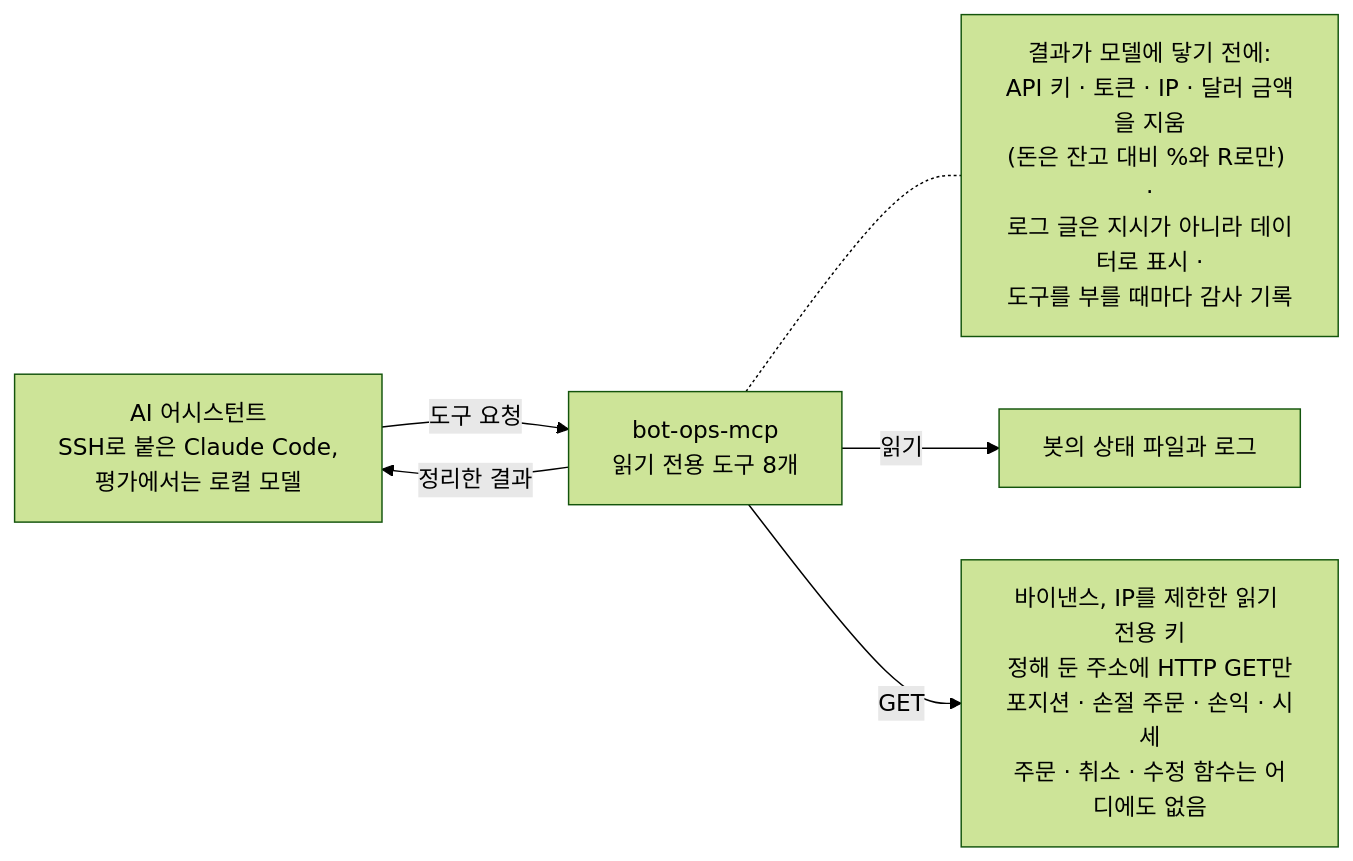
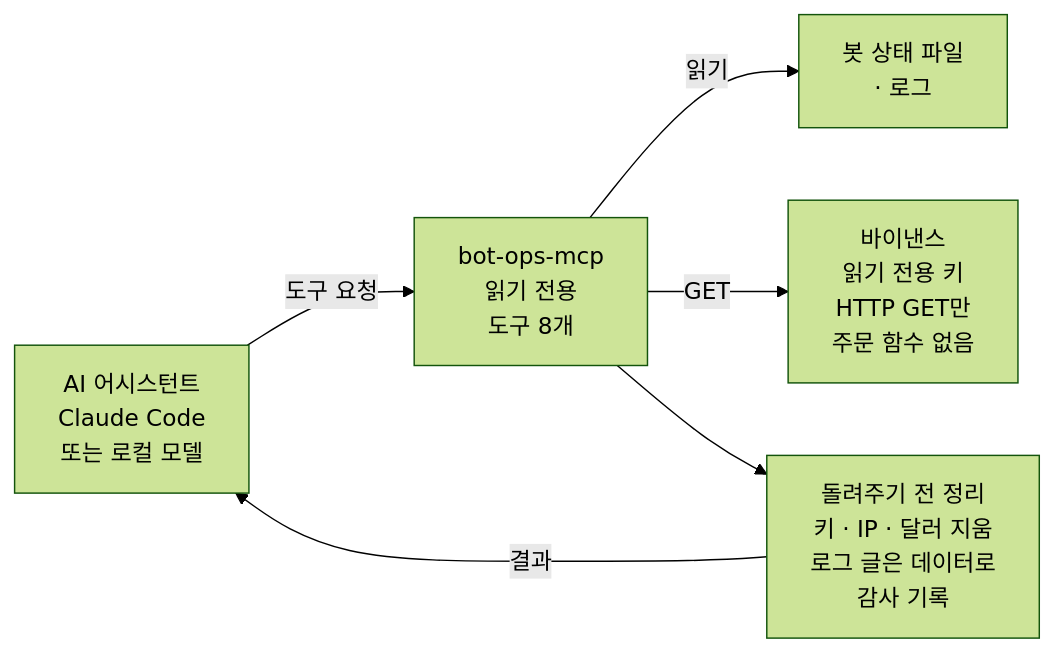
The first of 2 diagrams in README.ko.md (swanmun/bot-ops-mcp), drawn with Mermaid (forest theme) before and after one commit. The commit also changed other lines of this file and 1 other file, not shown here.

Commit message:
README diagrams: shorter lines so the boxes do not wrap mid-word on GitHub (Korean 1:1)

````diff
--- a/README.ko.md
+++ b/README.ko.md
@@ -14,13 +14,13 @@
 ```mermaid
 flowchart LR
-    A["AI 어시스턴트<br/>SSH로 붙은 Claude Code,<br/>평가에서는 로컬 모델"]
-    S["bot-ops-mcp<br/>읽기 전용 도구 8개"]
-    G["결과가 모델에 닿기 전에:<br/>API 키 · 토큰 · IP · 달러 금액을 지움<br/>(돈은 잔고 대비 %와 R로만) ·<br/>로그 글은 지시가 아니라 데이터로 표시 ·<br/>도구를 부를 때마다 감사 기록"]
-    B["봇의 상태 파일과 로그"]
-    X["바이낸스, IP를 제한한 읽기 전용 키<br/>정해 둔 주소에 HTTP GET만<br/>포지션 · 손절 주문 · 손익 · 시세<br/>주문 · 취소 · 수정 함수는 어디에도 없음"]
+    A["AI 어시스턴트<br/>Claude Code<br/>또는 로컬 모델"]
+    S["bot-ops-mcp<br/>읽기 전용<br/>도구 8개"]
+    B["봇 상태 파일<br/>· 로그"]
+    X["바이낸스<br/>읽기 전용 키<br/>HTTP GET만<br/>주문 함수 없음"]
+    F["돌려주기 전 정리<br/>키 · IP · 달러 지움<br/>로그 글은 데이터로<br/>감사 기록"]
     A -->|"도구 요청"| S
-    S -->|"정리한 결과"| A
-    S -.- G
     S -->|"읽기"| B
     S -->|"GET"| X
+    S --> F
+    F -->|"결과"| A
 ```
````
